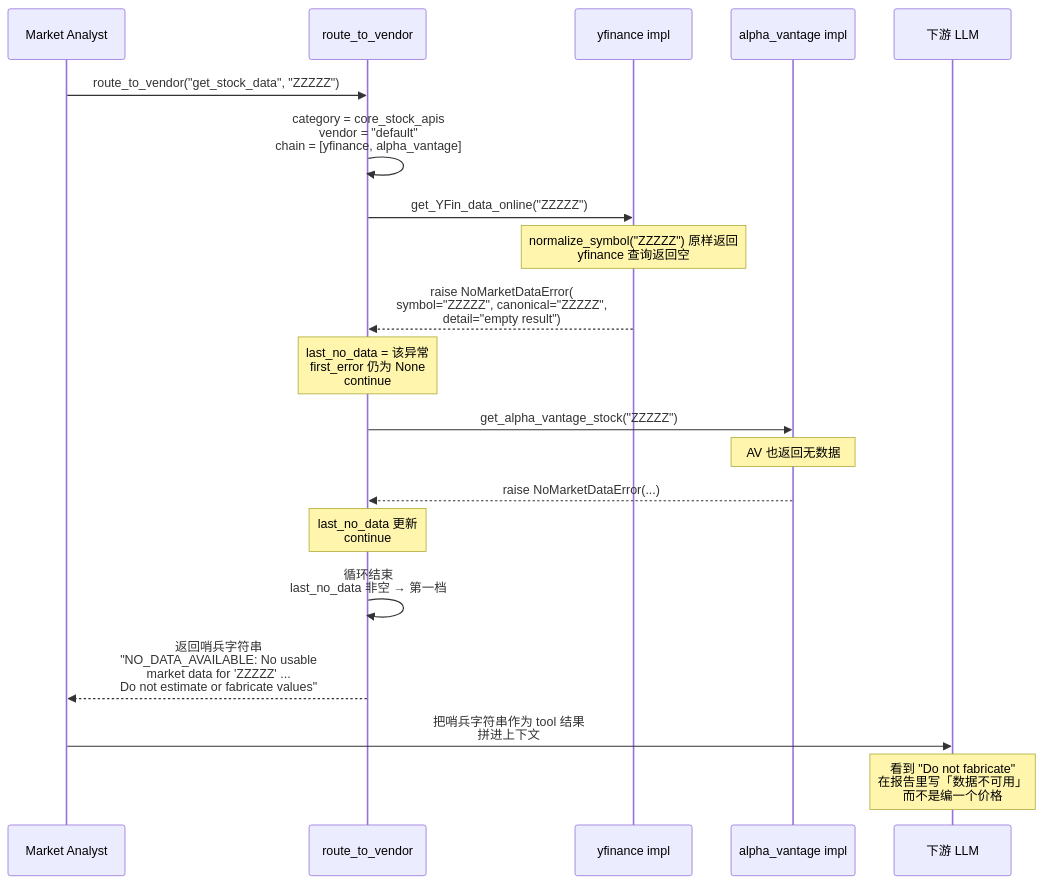
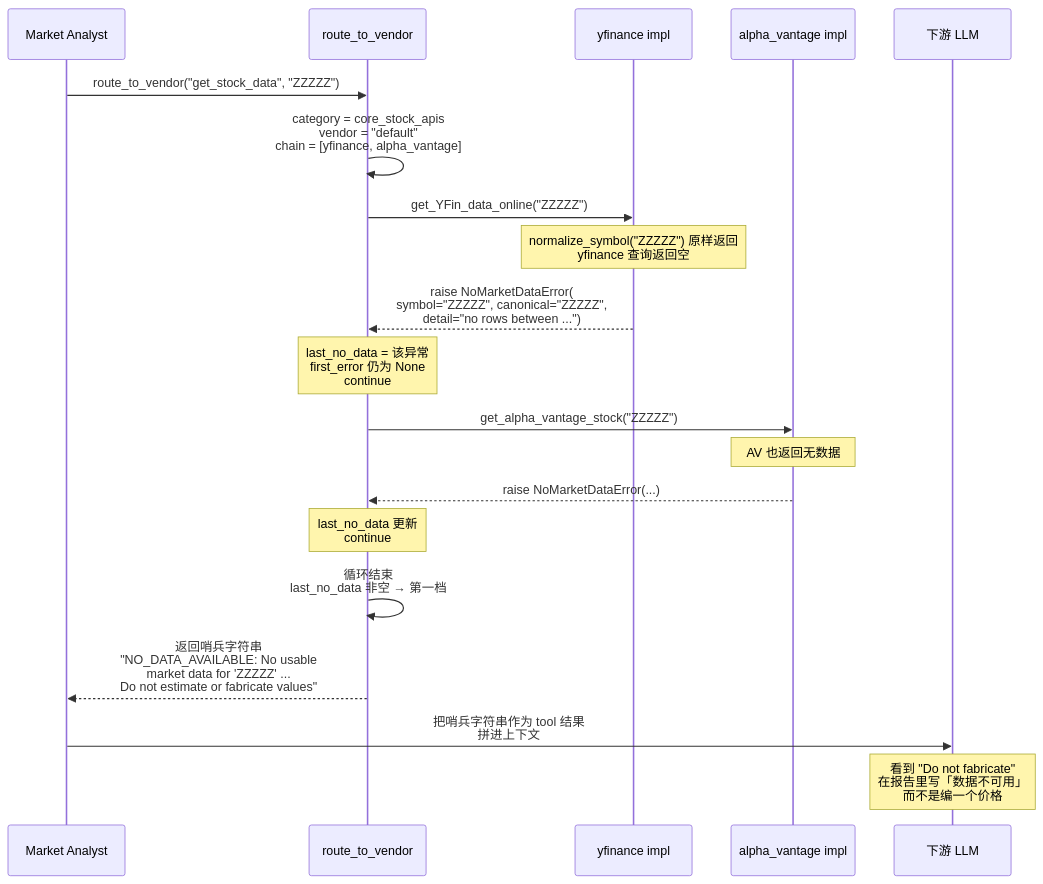
Before and after one commit to A1pha3/TradingAgents: the fourth of 4 diagrams in docs/cn/05-data-and-llm/data-vendors.md, drawn with Mermaid. The commit also changed other lines of this file and 2 other files, not shown here.

First line of the commit message:
docs(cn): 修复 05-data-and-llm 篇对抗性审查发现 13 项问题

````diff
--- a/docs/cn/05-data-and-llm/data-vendors.md
+++ b/docs/cn/05-data-and-llm/data-vendors.md
@@ -409,23 +409,23 @@
 ```mermaid
 sequenceDiagram
     participant Agent as Market Analyst
     participant Route as route_to_vendor
     participant YFin as yfinance impl
     participant AV as alpha_vantage impl
     participant LLM as 下游 LLM
 
     Agent->>Route: route_to_vendor("get_stock_data", "ZZZZZ")
     Route->>Route: category = core_stock_apis<br/>vendor = "default"<br/>chain = [yfinance, alpha_vantage]
     Route->>YFin: get_YFin_data_online("ZZZZZ")
     Note over YFin: normalize_symbol("ZZZZZ") 原样返回<br/>yfinance 查询返回空
-    YFin-->>Route: raise NoMarketDataError(<br/>  symbol="ZZZZZ", canonical="ZZZZZ",<br/>  detail="empty result")
+    YFin-->>Route: raise NoMarketDataError(<br/>  symbol="ZZZZZ", canonical="ZZZZZ",<br/>  detail="no rows between ...")
     Note over Route: last_no_data = 该异常<br/>first_error 仍为 None<br/>continue
     Route->>AV: get_alpha_vantage_stock("ZZZZZ")
     Note over AV: AV 也返回无数据
     AV-->>Route: raise NoMarketDataError(...)
     Note over Route: last_no_data 更新<br/>continue
     Route->>Route: 循环结束<br/>last_no_data 非空 → 第一档
     Route-->>Agent: 返回哨兵字符串<br/>"NO_DATA_AVAILABLE: No usable<br/>market data for 'ZZZZZ' ...<br/>Do not estimate or fabricate values"
     Agent->>LLM: 把哨兵字符串作为 tool 结果<br/>拼进上下文
     Note over LLM: 看到 "Do not fabricate"<br/>在报告里写「数据不可用」<br/>而不是编一个价格
 ```
````
